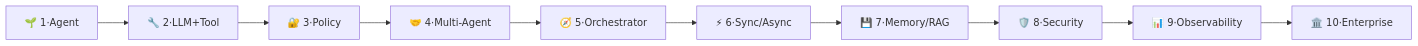
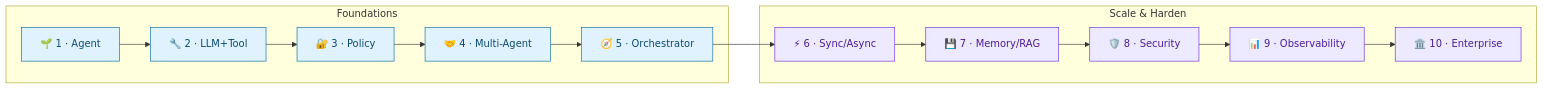
Before and after one commit to contactkkiran/enterprise-multi-agent-agent-native-platform: the fourth of 5 diagrams in Roughnotes.md, drawn with Mermaid. The commit also changed other lines of this file, not shown here.

````diff
--- a/Roughnotes.md
+++ b/Roughnotes.md
@@ -135,4 +193,15 @@
 ```mermaid
 flowchart LR
-    P1["🌱 1·Agent"] --> P2["🔧 2·LLM+Tool"] --> P3["🔐 3·Policy"] --> P4["🤝 4·Multi-Agent"] --> P5["🧭 5·Orchestrator"] --> P6["⚡ 6·Sync/Async"] --> P7["💾 7·Memory/RAG"] --> P8["🛡️ 8·Security"] --> P9["📊 9·Observability"] --> P10["🏛️ 10·Enterprise"]
+    subgraph PHASE1["Foundations"]
+        P1["🌱 1 · Agent"] --> P2["🔧 2 · LLM+Tool"] --> P3["🔐 3 · Policy"] --> P4["🤝 4 · Multi-Agent"] --> P5["🧭 5 · Orchestrator"]
+    end
+    subgraph PHASE2["Scale & Harden"]
+        P6["⚡ 6 · Sync/Async"] --> P7["💾 7 · Memory/RAG"] --> P8["🛡️ 8 · Security"] --> P9["📊 9 · Observability"] --> P10["🏛️ 10 · Enterprise"]
+    end
+    P5 --> P6
+
+    classDef phase1 fill:#e0f2fe,stroke:#0369a1,color:#0c4a6e
+    classDef phase2 fill:#ede9fe,stroke:#6d28d9,color:#4c1d95
+    class P1,P2,P3,P4,P5 phase1
+    class P6,P7,P8,P9,P10 phase2
 ```
````
